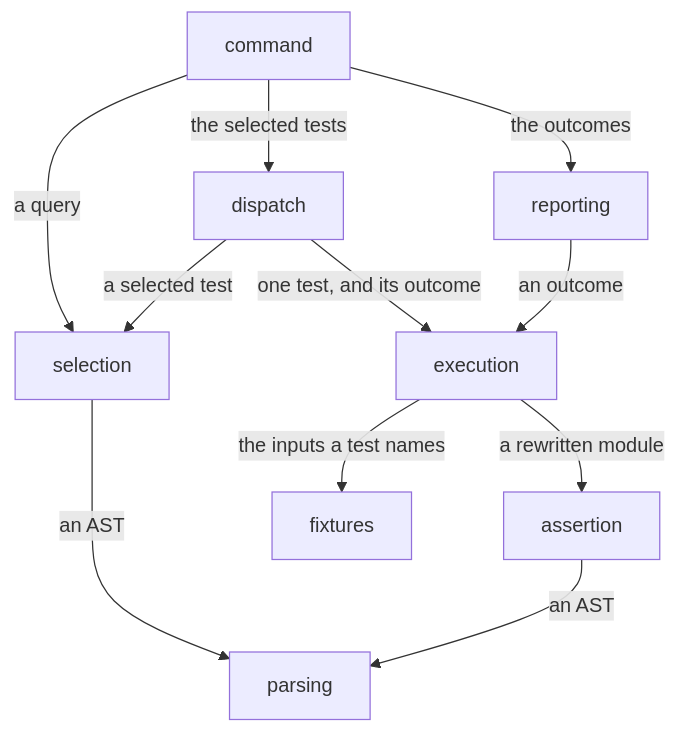
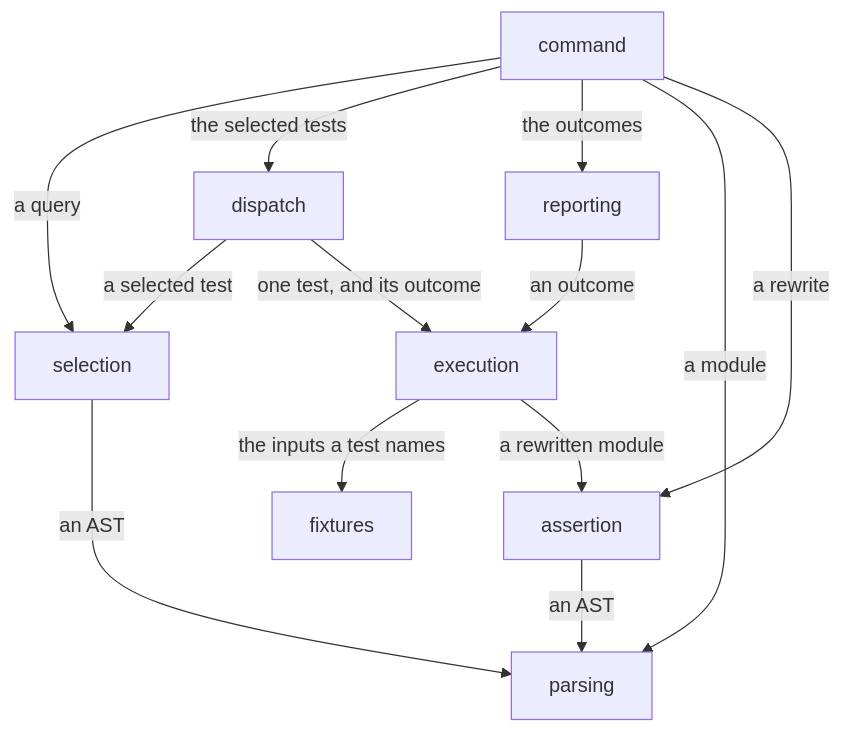
One commit to kalonji-tools/purba changed the second of 2 diagrams in LANDSCAPE.md. Above: the diagram before and after it, drawn with Mermaid. The commit also changed other lines of this file and 2 other files, not shown here.

First line of the commit message:
docs: draw command's arrows to parsing and assertion (#580)

````diff
--- a/LANDSCAPE.md
+++ b/LANDSCAPE.md
@@ -68,13 +68,15 @@
 ```mermaid
 flowchart TD
   command -- "a query" --> selection
   command -- "the selected tests" --> dispatch
   command -- "the outcomes" --> reporting
+  command -- "a module" --> parsing
+  command -- "a rewrite" --> assertion
   selection -- "an AST" --> parsing
   assertion -- "an AST" --> parsing
   dispatch -- "a selected test" --> selection
   dispatch -- "one test, and its outcome" --> execution
   execution -- "the inputs a test names" --> fixtures
   execution -- "a rewritten module" --> assertion
   reporting -- "an outcome" --> execution
 ```
````
